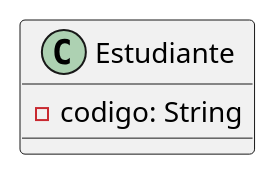
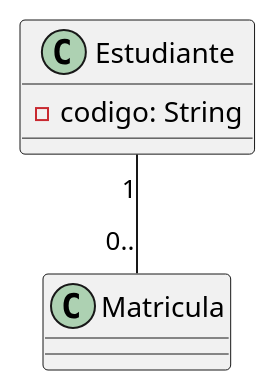
Before and after one commit to PaoloTrujillo-7502610016/POO-U4-protocolo-colaborativo-7502610016-7502610019: the diagram in src/ejemplo_completo_2/codigo_UML/Estudiante.puml, drawn with PlantUML. The commit also changed 7 other files, not shown here.

```diff
--- a/src/ejemplo_completo_2/codigo_UML/Estudiante.puml
+++ b/src/ejemplo_completo_2/codigo_UML/Estudiante.puml
@@ -1,6 +1,9 @@
 @startuml
     class Estudiante{
         -codigo: String
 
     }
+
+    Estudiante "1" -- "0.." Matricula
+
 @enduml
```
